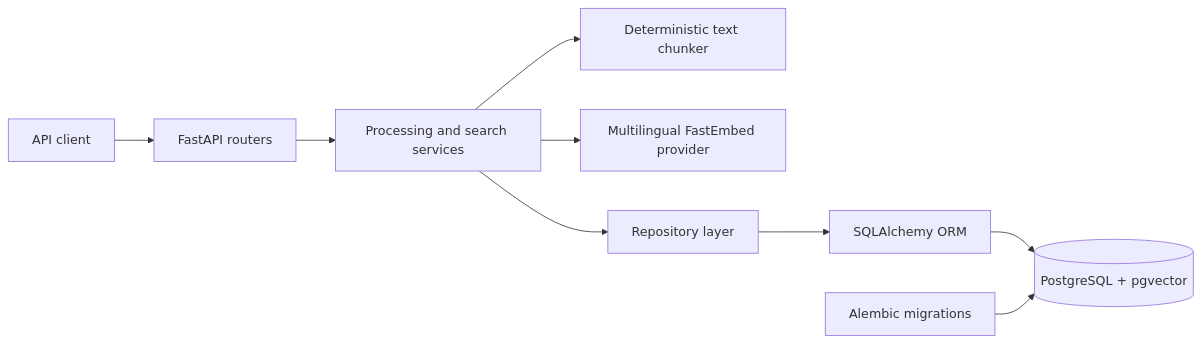
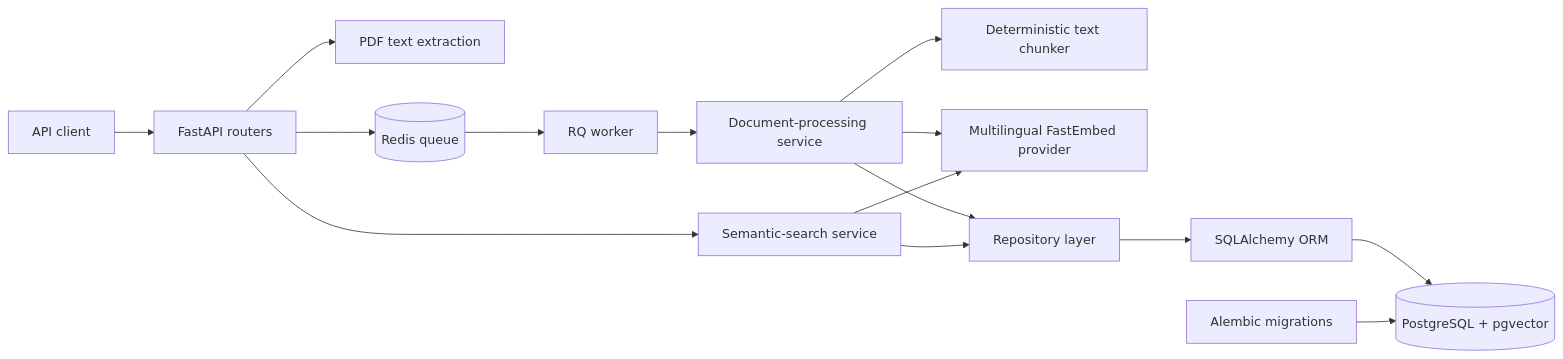
One commit to fafnirkyu/knowledgeops-api changed the first of 2 diagrams in README.md. Above: the diagram before and after it, drawn with Mermaid. The commit also changed other lines of this file, not shown here.

Commit message:
Document asynchronous PDF ingestion

````diff
--- a/README.md
+++ b/README.md
@@ -32,11 +35,17 @@
 ```mermaid
 flowchart LR
     Client[API client] --> FastAPI[FastAPI routers]
-    FastAPI --> Services[Processing and search services]
+    FastAPI --> PDF[PDF text extraction]
+    FastAPI --> Redis[(Redis queue)]
+    Redis --> Worker[RQ worker]
+    Worker --> Services[Document-processing service]
+    FastAPI --> Search[Semantic-search service]
     Services --> Chunker[Deterministic text chunker]
     Services --> Embeddings[Multilingual FastEmbed provider]
+    Search --> Embeddings
     Services --> Repositories[Repository layer]
+    Search --> Repositories
     Repositories --> ORM[SQLAlchemy ORM]
     ORM --> PostgreSQL[(PostgreSQL + pgvector)]
     Alembic[Alembic migrations] --> PostgreSQL
 ```
````
